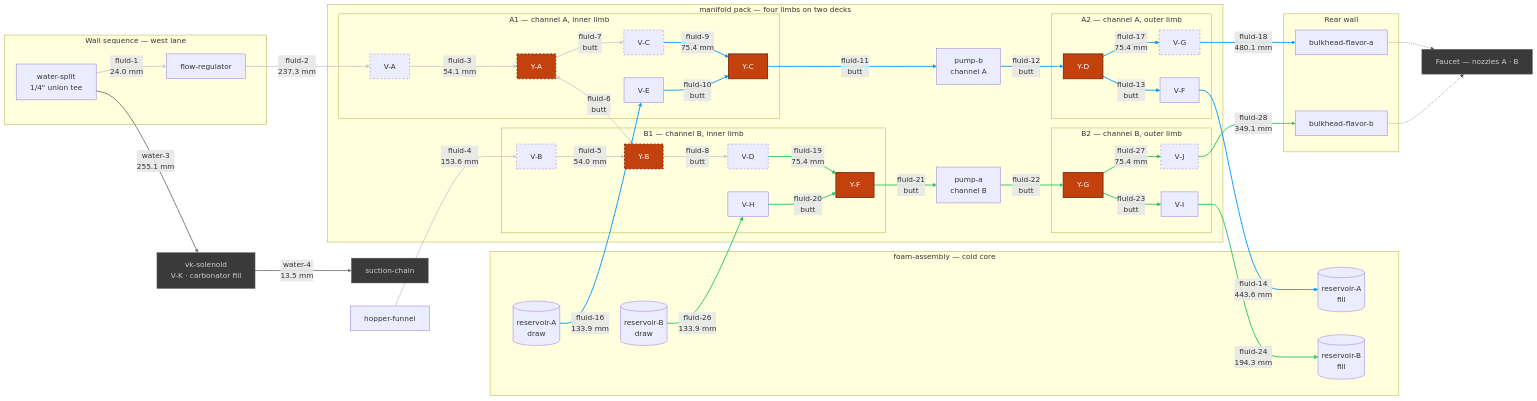
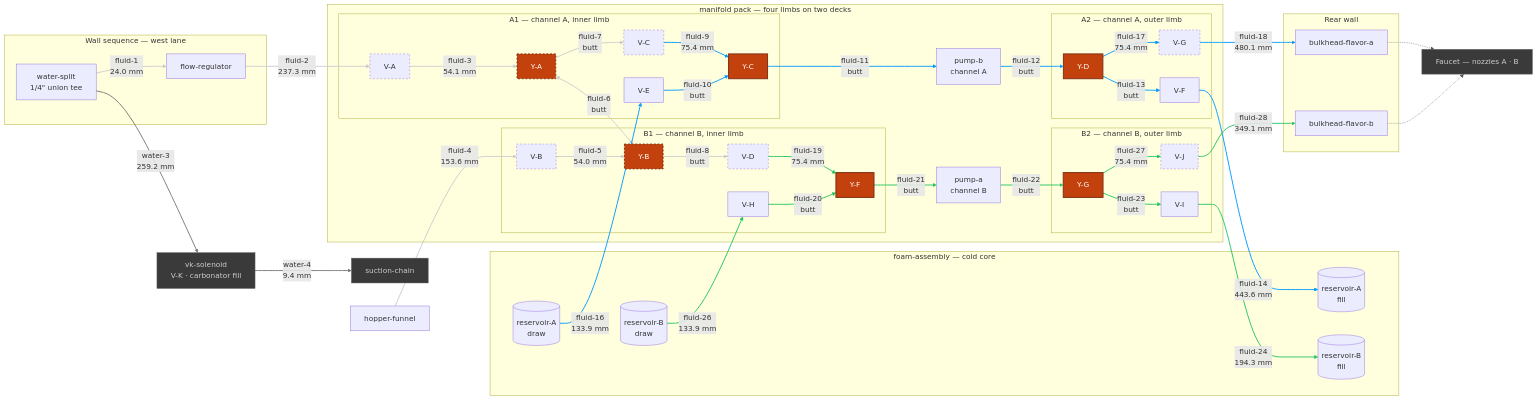
The diagram in hardware/topology/fluid-topology-manifold.mmd (derekbreden/homesodamachine), drawn with Mermaid before and after one commit. The commit also changed 12 other files, not shown here.

```diff
--- a/hardware/topology/fluid-topology-manifold.mmd
+++ b/hardware/topology/fluid-topology-manifold.mmd
@@ -162,8 +162,8 @@
   %% V-K gates the carbonator fill off the same split fluid-1 leaves. It stands on the cold core's
   %% crown, east of the SeaFlo, and water-3 is the one run in the assembly that crosses the whole
   %% machine — the split is in the west lane, V-K is on the east, and its inlet faces forward.
-  Split -->|"water-3<br/>255.1 mm"| VK
-  VK -->|"water-4<br/>13.5 mm"| SuctChain
+  Split -->|"water-3<br/>259.2 mm"| VK
+  VK -->|"water-4<br/>9.4 mm"| SuctChain
 
   %% =========================
   %% Beyond the box
```
